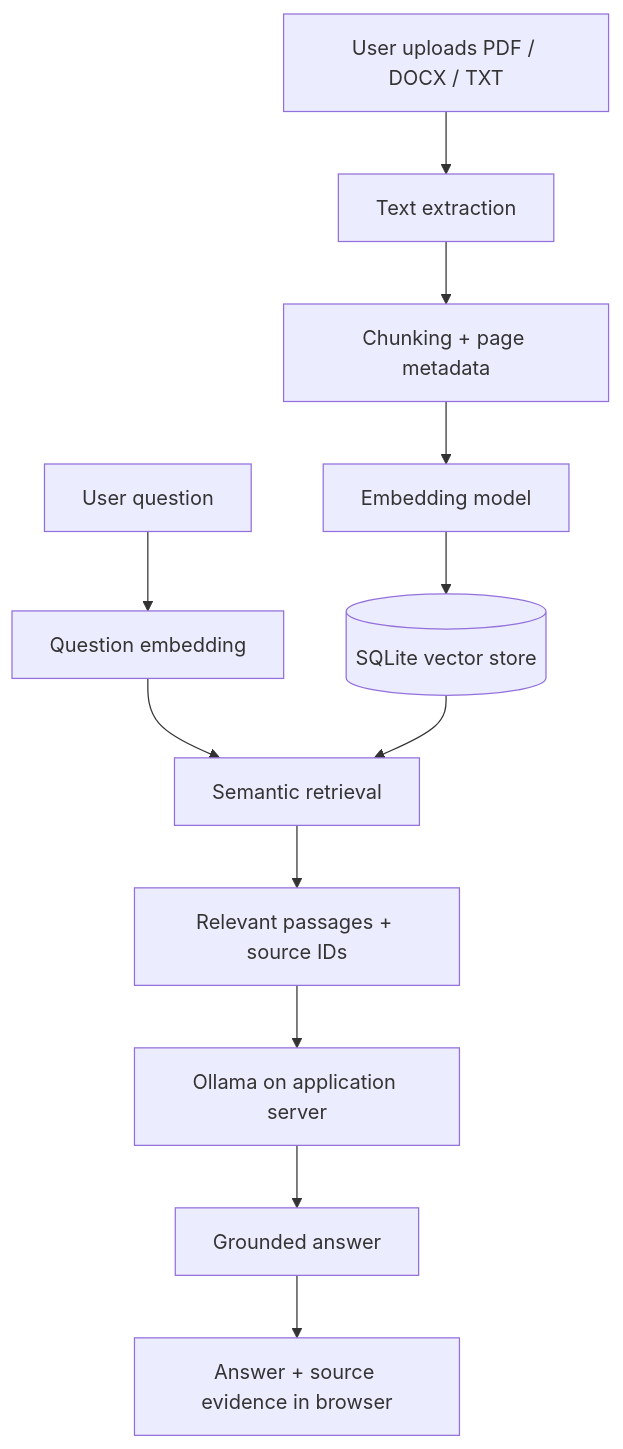
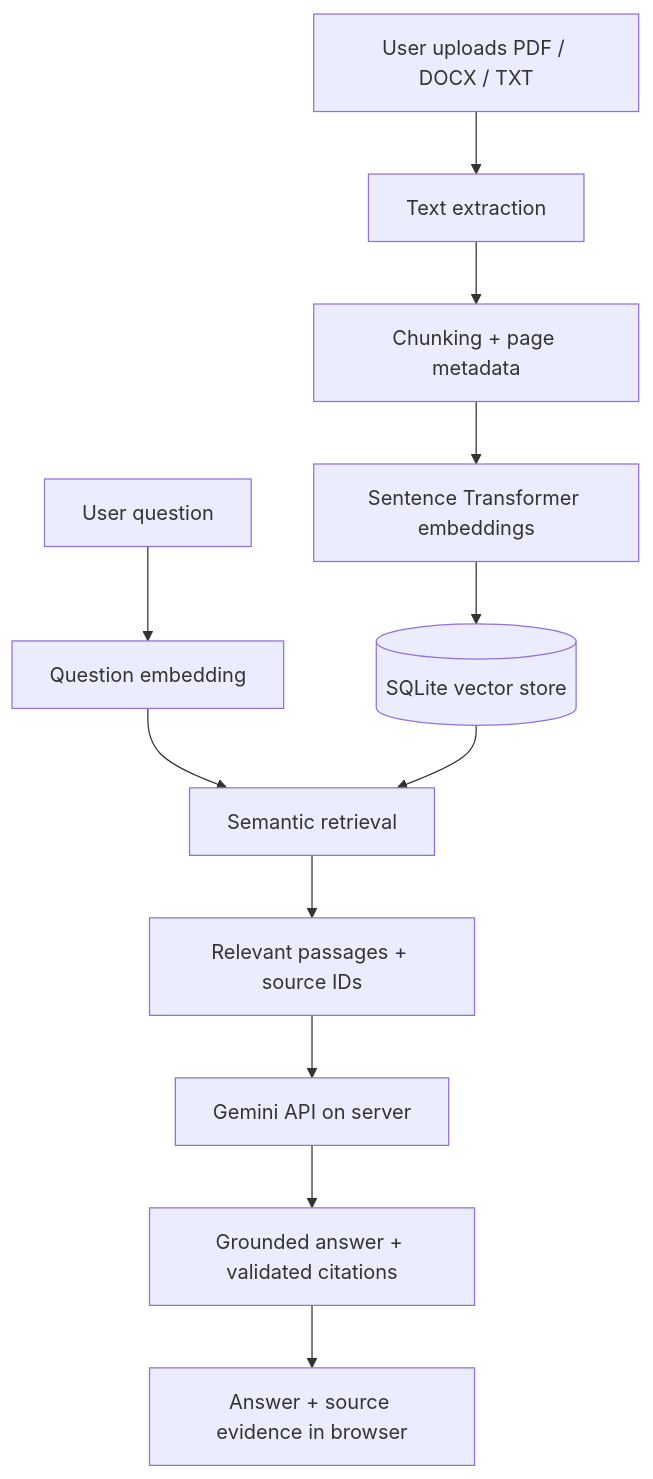
Before and after one commit to shriramchemical2000-hub/doc-assistant: the diagram in README.md, drawn with Mermaid. The commit also changed other lines of this file, not shown here.

Commit message:
Configure Gemini free-tier hosted deployment

````diff
--- a/README.md
+++ b/README.md
@@ -43,14 +33,14 @@
 ```mermaid
 flowchart TD
   A[User uploads PDF / DOCX / TXT] --> B[Text extraction]
   B --> C[Chunking + page metadata]
-  C --> D[Embedding model]
+  C --> D[Sentence Transformer embeddings]
   D --> E[(SQLite vector store)]
   F[User question] --> G[Question embedding]
   G --> H[Semantic retrieval]
   E --> H
   H --> I[Relevant passages + source IDs]
-  I --> J[Ollama on application server]
-  J --> K[Grounded answer]
+  I --> J[Gemini API on server]
+  J --> K[Grounded answer + validated citations]
   K --> L[Answer + source evidence in browser]
 ```
````
